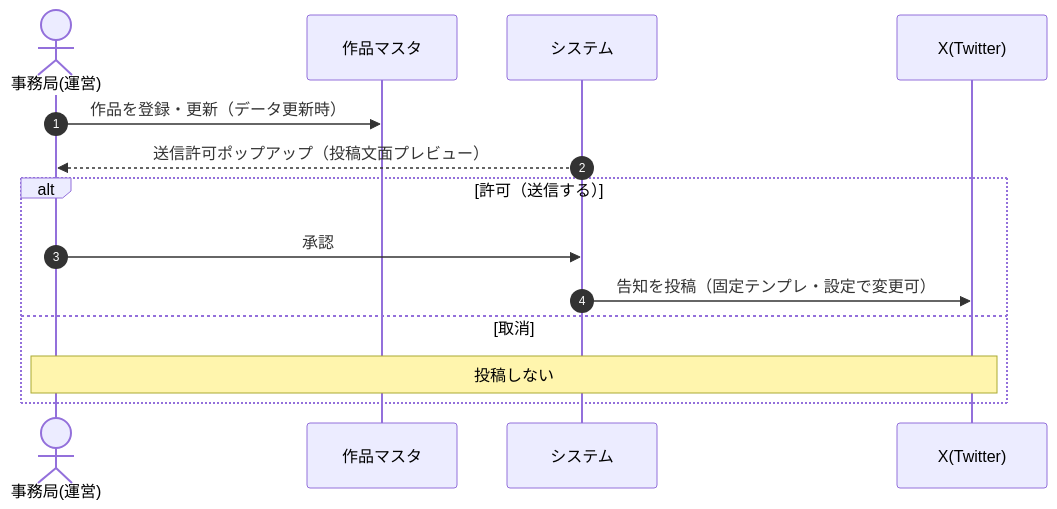
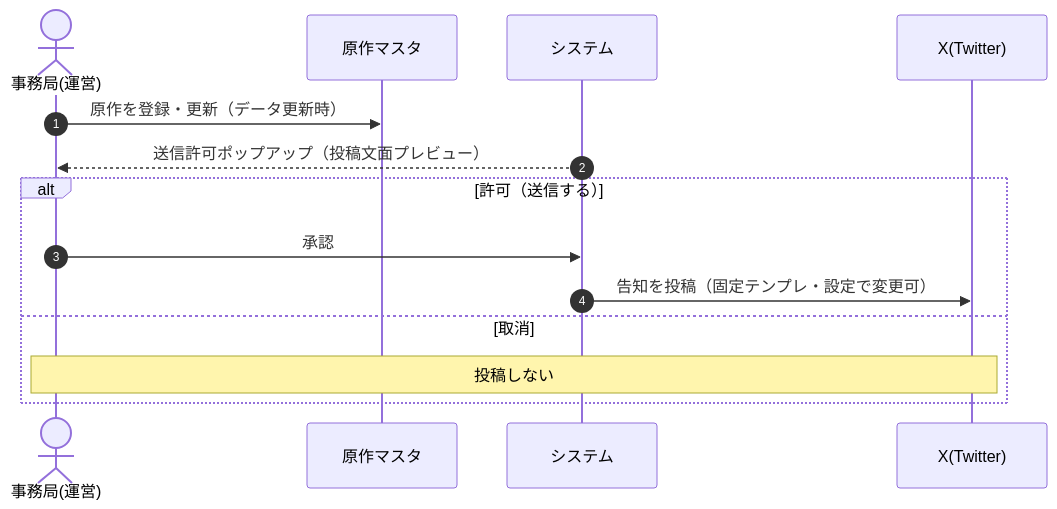
One commit to tatsuyakuramchi/SPLL changed the second of 8 diagrams in docs/SPLL_業務フロー確認資料_v0.1.md. Above: the diagram before and after it, drawn with Mermaid. The commit also changed other lines of this file and 3 other files, not shown here.

````diff
--- a/docs/SPLL_業務フロー確認資料_v0.1.md
+++ b/docs/SPLL_業務フロー確認資料_v0.1.md
@@ -84,16 +76,16 @@
 ```mermaid
 sequenceDiagram
   autonumber
   actor OF as 事務局(運営)
-  participant DB as 作品マスタ
+  participant DB as 原作マスタ
   participant SYS as システム
   participant X as X(Twitter)
-  OF->>DB: 作品を登録・更新（データ更新時）
+  OF->>DB: 原作を登録・更新（データ更新時）
   SYS-->>OF: 送信許可ポップアップ（投稿文面プレビュー）
   alt 許可（送信する）
     OF->>SYS: 承認
     SYS->>X: 告知を投稿（固定テンプレ・設定で変更可）
   else 取消
     Note over OF,X: 投稿しない
   end
 ```
````
